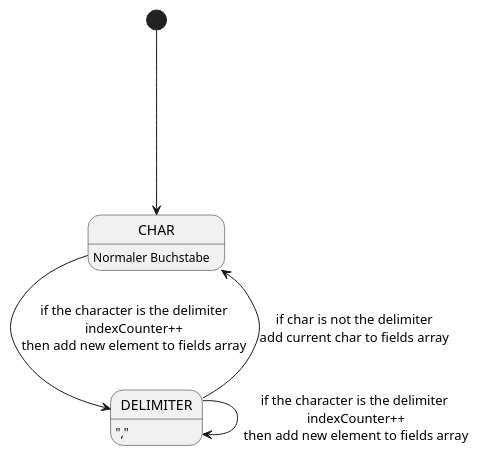
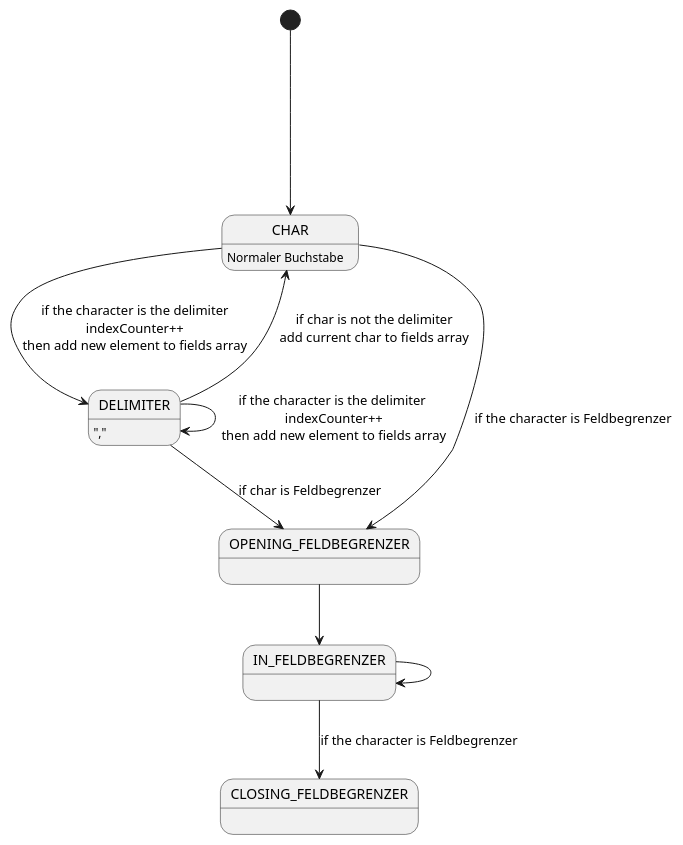
One commit to FilipIlic5k/2324_4CN_0142_sew4-sem1j changed the diagram in ue03/src/diagram.puml. Above: the diagram before and after it, drawn with PlantUML. The commit also changed 11 other files, not shown here.

```diff
--- a/ue03/src/diagram.puml
+++ b/ue03/src/diagram.puml
@@ -1,14 +1,22 @@
 @startuml
 
 [*] ----> CHAR
 
 CHAR: Normaler Buchstabe
 DELIMITER: ","
+OPENING_FELDBEGRENZER:
+IN_FELDBEGRENZER:
+CLOSING_FELDBEGRENZER:
 
 CHAR --> DELIMITER: if the character is the delimiter\nindexCounter++\nthen add new element to fields array
+CHAR --> OPENING_FELDBEGRENZER: if the character is Feldbegrenzer
+
+OPENING_FELDBEGRENZER --> IN_FELDBEGRENZER
+
+IN_FELDBEGRENZER --> IN_FELDBEGRENZER
+IN_FELDBEGRENZER --> CLOSING_FELDBEGRENZER: if the character is Feldbegrenzer
 
 DELIMITER --> CHAR: if char is not the delimiter\nadd current char to fields array
 DELIMITER --> DELIMITER: if the character is the delimiter \nindexCounter++\nthen add new element to fields array
-
-
+DELIMITER --> OPENING_FELDBEGRENZER: if char is Feldbegrenzer
 @enduml
```
